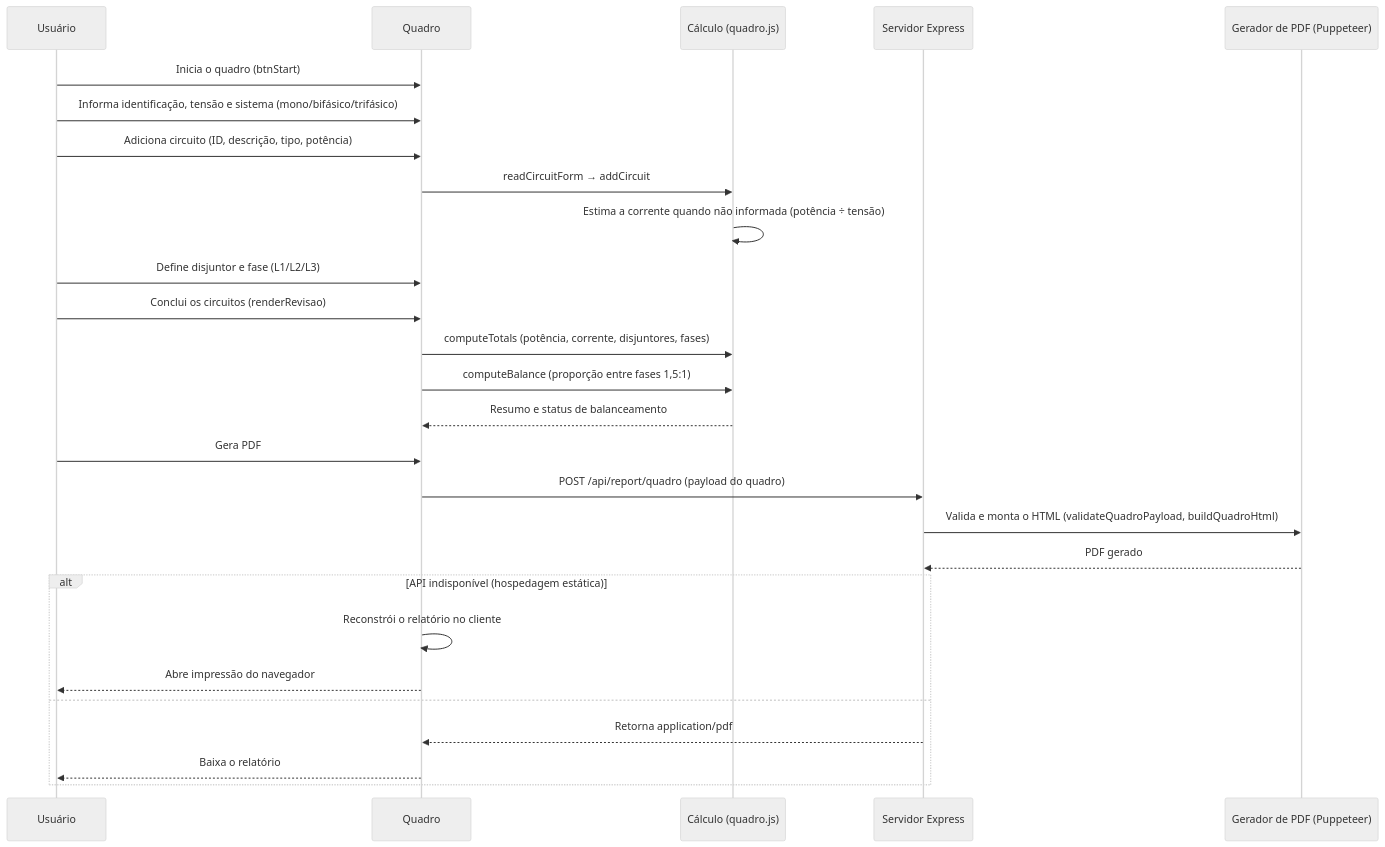
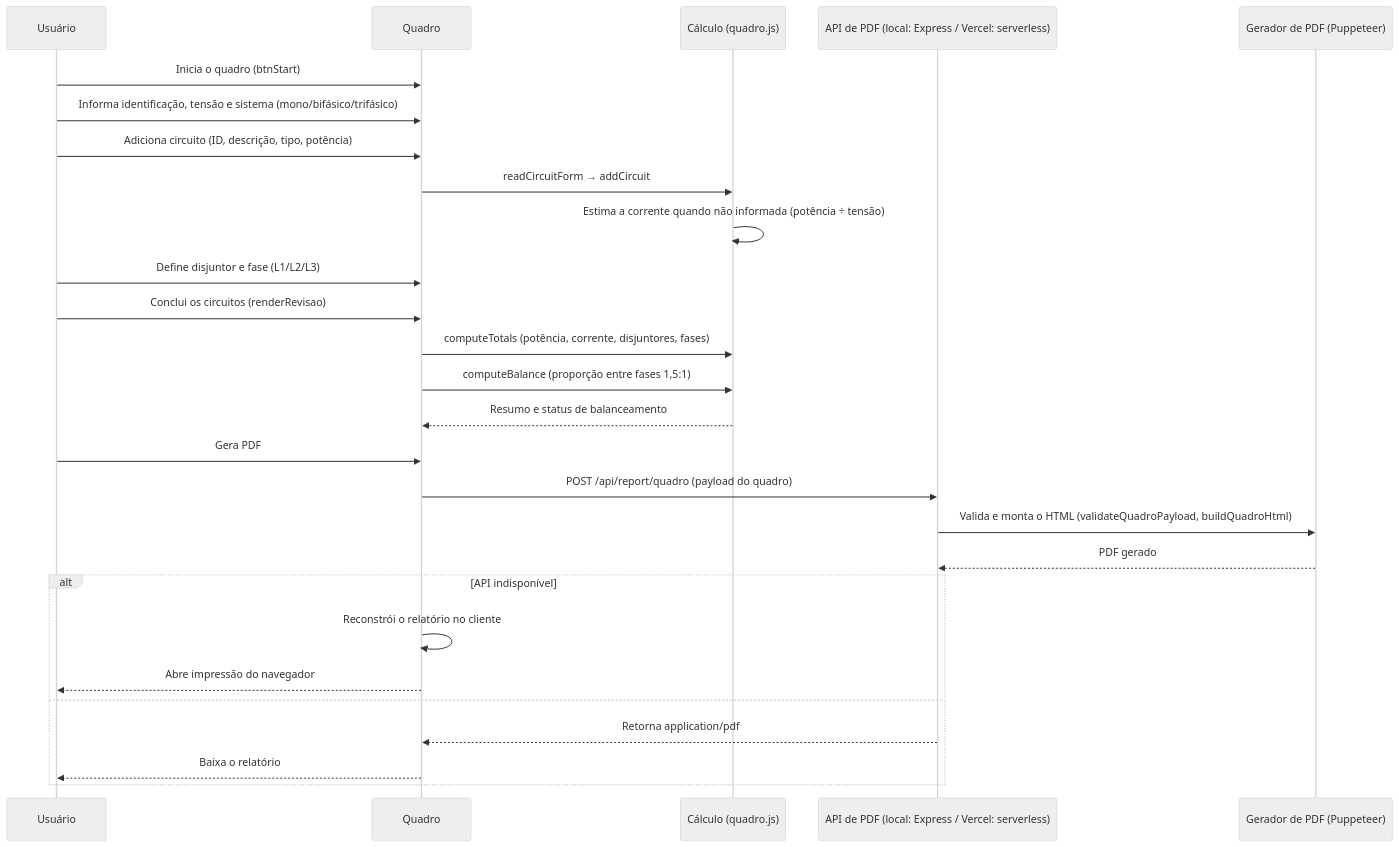
One commit to Y2kNat/DimenVolt-Studio changed the third of 3 diagrams in README.md. Above: the diagram before and after it, drawn with Mermaid (neutral theme). The commit also changed other lines of this file, not shown here.

First line of the commit message:
Revise README for production and local development clarity

````diff
--- a/README.md
+++ b/README.md
@@ -112,30 +158,30 @@
 ```mermaid
 sequenceDiagram
     participant U as Usuário
     participant UI as Quadro
     participant C as Cálculo (quadro.js)
-    participant S as Servidor Express
+    participant S as API de PDF (local: Express / Vercel: serverless)
     participant P as Gerador de PDF (Puppeteer)
 
     U->>UI: Inicia o quadro (btnStart)
     U->>UI: Informa identificação, tensão e sistema (mono/bifásico/trifásico)
     U->>UI: Adiciona circuito (ID, descrição, tipo, potência)
     UI->>C: readCircuitForm → addCircuit
     C->>C: Estima a corrente quando não informada (potência ÷ tensão)
     U->>UI: Define disjuntor e fase (L1/L2/L3)
     U->>UI: Conclui os circuitos (renderRevisao)
     UI->>C: computeTotals (potência, corrente, disjuntores, fases)
     UI->>C: computeBalance (proporção entre fases 1,5:1)
     C-->>UI: Resumo e status de balanceamento
     U->>UI: Gera PDF
     UI->>S: POST /api/report/quadro (payload do quadro)
     S->>P: Valida e monta o HTML (validateQuadroPayload, buildQuadroHtml)
     P-->>S: PDF gerado
-    alt API indisponível (hospedagem estática)
+    alt API indisponível
         UI->>UI: Reconstrói o relatório no cliente
         UI-->>U: Abre impressão do navegador
     else
         S-->>UI: Retorna application/pdf
         UI-->>U: Baixa o relatório
     end
 ```
````
